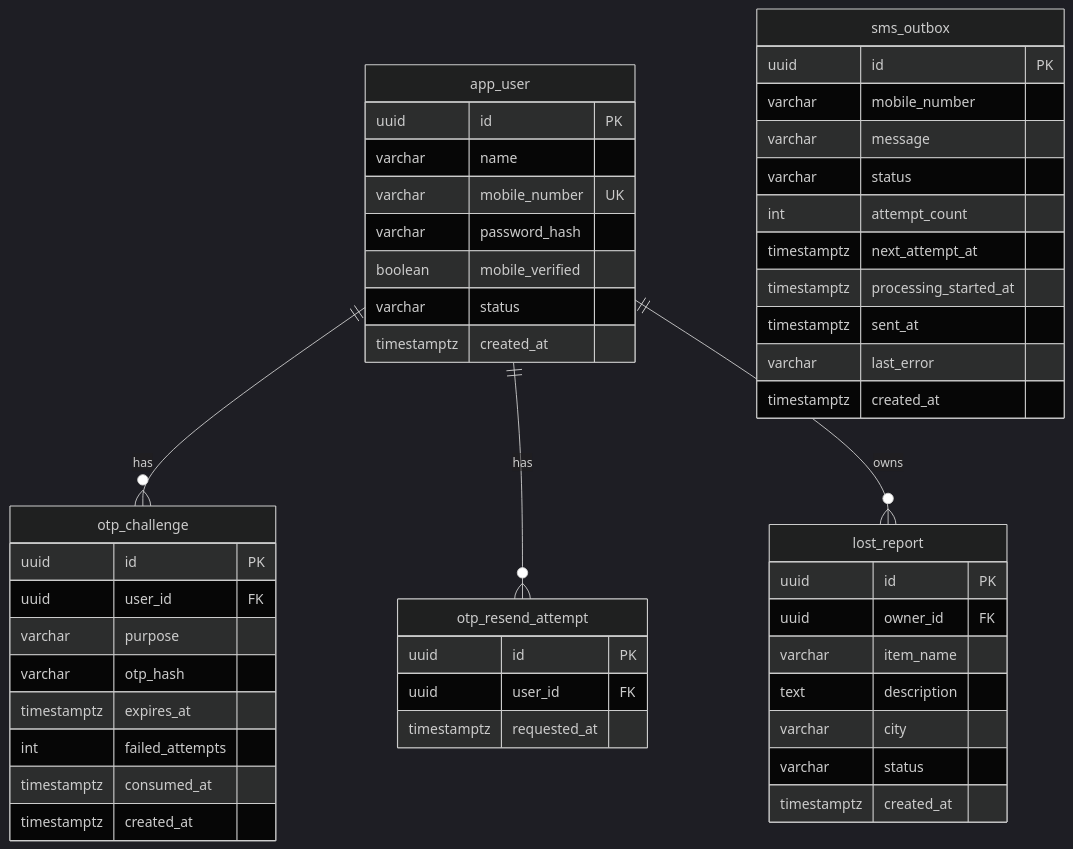
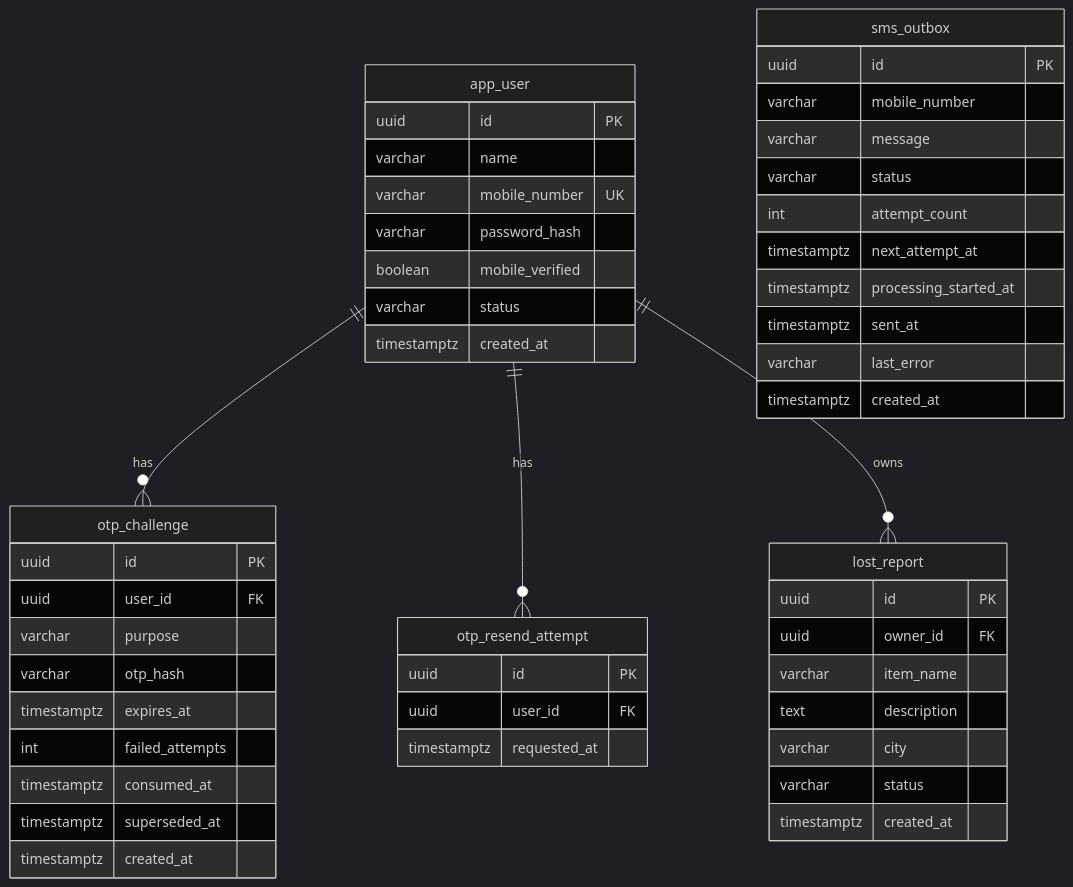
One commit to murali590/milaavo changed the diagram in docs/design/02-data-model.md. Above: the diagram before and after it, drawn with Mermaid (dark theme). The commit also changed other lines of this file and 15 other files, not shown here.

````diff
--- a/docs/design/02-data-model.md
+++ b/docs/design/02-data-model.md
@@ -7,51 +7,52 @@
 ```mermaid
 erDiagram
     app_user ||--o{ otp_challenge : "has"
     app_user ||--o{ otp_resend_attempt : "has"
     app_user ||--o{ lost_report : "owns"
     app_user {
         uuid id PK
         varchar name
         varchar mobile_number UK
         varchar password_hash
         boolean mobile_verified
         varchar status
         timestamptz created_at
     }
     otp_challenge {
         uuid id PK
         uuid user_id FK
         varchar purpose
         varchar otp_hash
         timestamptz expires_at
         int failed_attempts
         timestamptz consumed_at
+        timestamptz superseded_at
         timestamptz created_at
     }
     otp_resend_attempt {
         uuid id PK
         uuid user_id FK
         timestamptz requested_at
     }
     sms_outbox {
         uuid id PK
         varchar mobile_number
         varchar message
         varchar status
         int attempt_count
         timestamptz next_attempt_at
         timestamptz processing_started_at
         timestamptz sent_at
         varchar last_error
         timestamptz created_at
     }
     lost_report {
         uuid id PK
         uuid owner_id FK
         varchar item_name
         text description
         varchar city
         varchar status
         timestamptz created_at
     }
 ```
````
